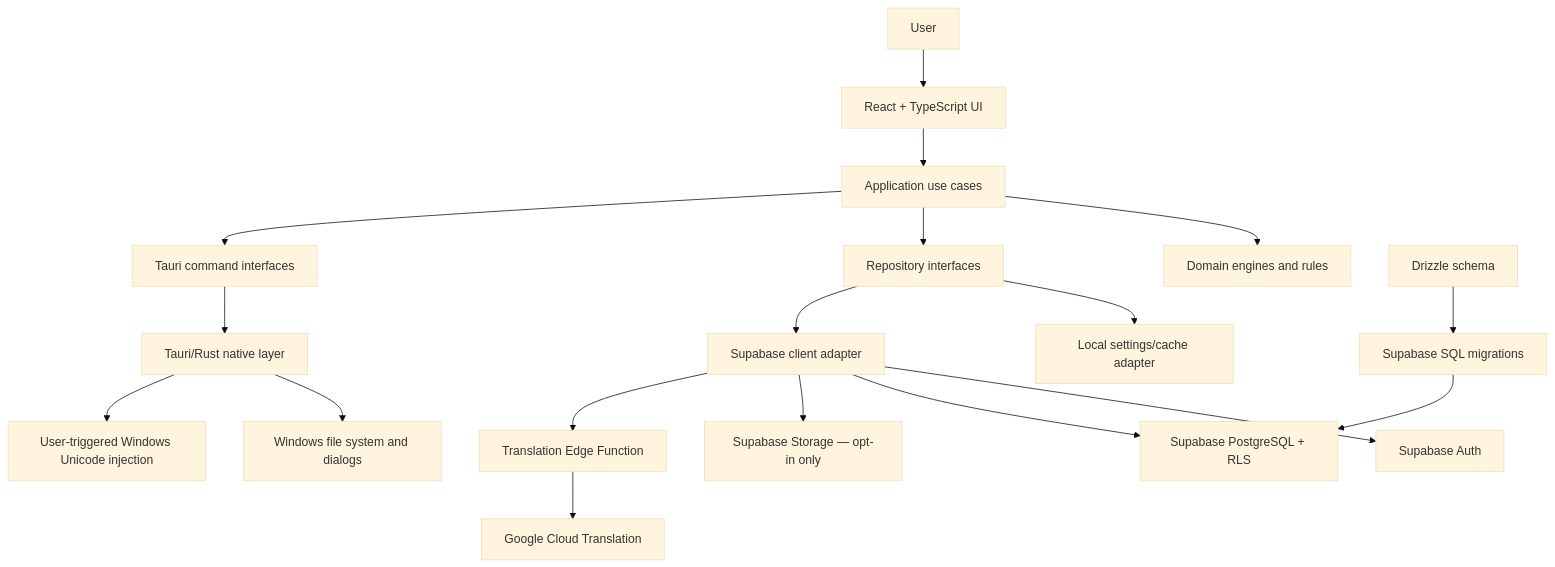
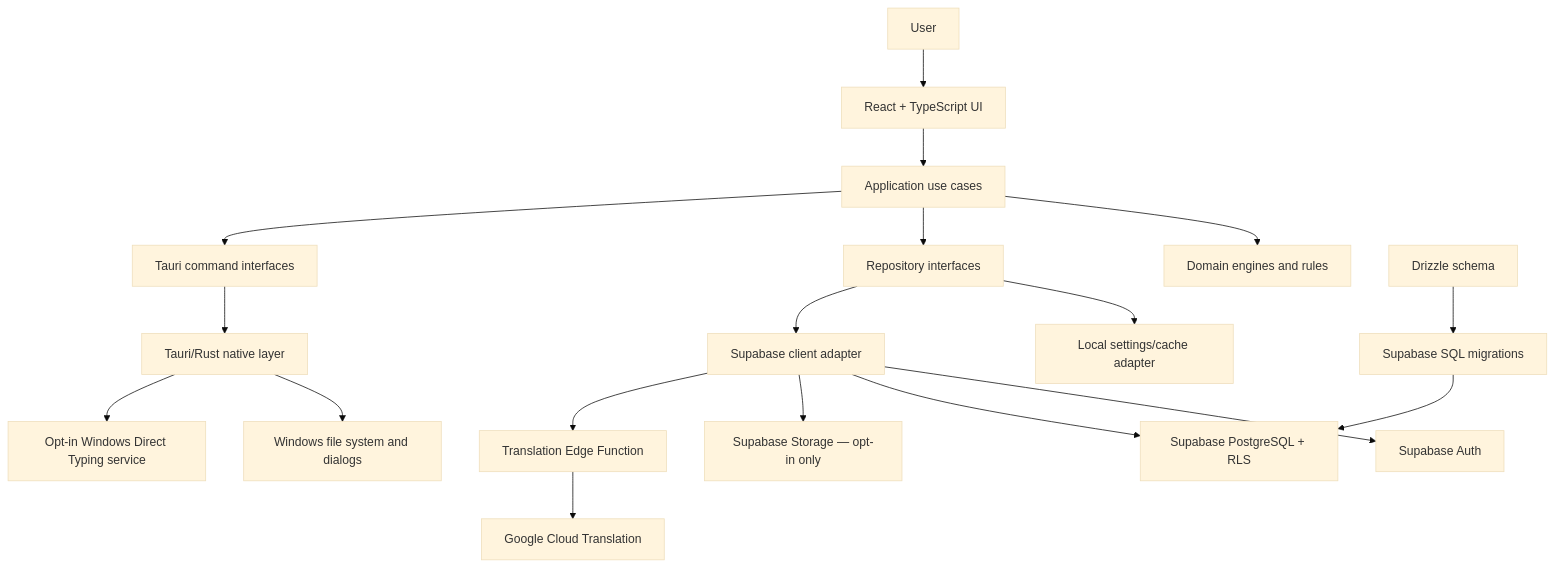
Before and after one commit to Isopleth-Labs/BhashaYantra: the first of 4 diagrams in docs/02-system-architecture.md, drawn with Mermaid (base theme). The commit also changed other lines of this file and 17 other files, not shown here.

First line of the commit message:
feat: add system-wide direct typing

````diff
--- a/docs/02-system-architecture.md
+++ b/docs/02-system-architecture.md
@@ -13,20 +13,20 @@
 ```mermaid
 flowchart TB
     U["User"] --> UI["React + TypeScript UI"]
     UI --> APP["Application use cases"]
     APP --> DOMAIN["Domain engines and rules"]
     APP --> REPO["Repository interfaces"]
     APP --> NATIVE["Tauri command interfaces"]
     REPO --> LOCAL["Local settings/cache adapter"]
     REPO --> SB["Supabase client adapter"]
     NATIVE --> RUST["Tauri/Rust native layer"]
     RUST --> FS["Windows file system and dialogs"]
-    RUST --> INPUT["User-triggered Windows Unicode injection"]
+    RUST --> INPUT["Opt-in Windows Direct Typing service"]
     SB --> AUTH["Supabase Auth"]
     SB --> PG["Supabase PostgreSQL + RLS"]
     SB --> STORAGE["Supabase Storage — opt-in only"]
     SB --> EDGE["Translation Edge Function"]
     EDGE --> TRANSLATE["Google Cloud Translation"]
     DRIZZLE["Drizzle schema"] --> MIGRATIONS["Supabase SQL migrations"]
     MIGRATIONS --> PG
 ```
````
